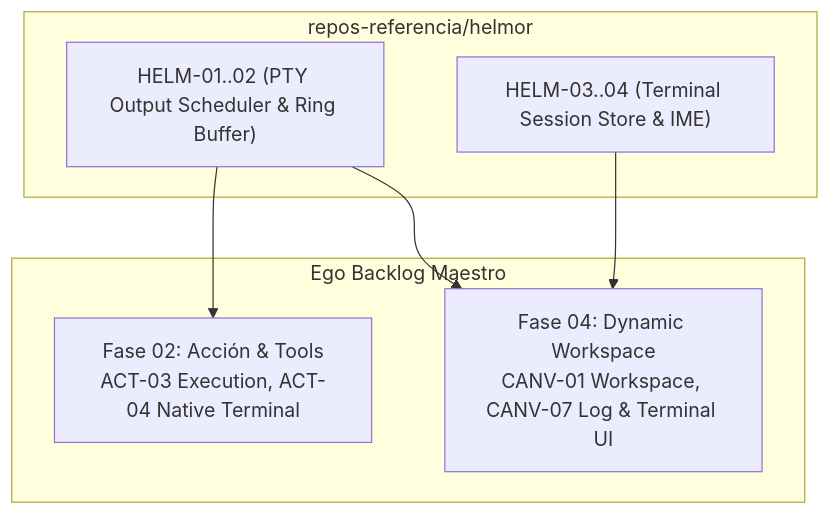
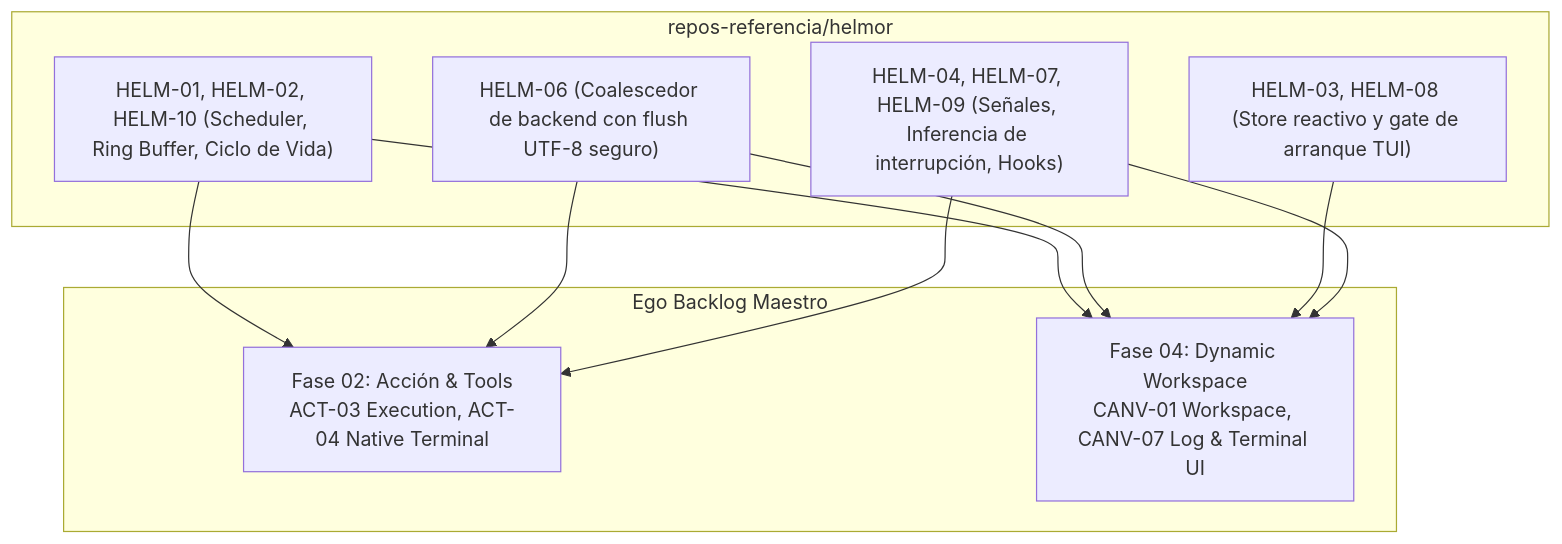
The diagram in docs/review/backlog-helmor.md (ness-e/Ego), drawn with Mermaid before and after one commit. The commit also changed other lines of this file and 15 other files, not shown here.

````diff
--- a/docs/review/backlog-helmor.md
+++ b/docs/review/backlog-helmor.md
@@ -44,16 +102,22 @@
 ```mermaid
 flowchart TD
     subgraph HelmorExtraction ["repos-referencia/helmor"]
-        H_SCHED["HELM-01..02 (PTY Output Scheduler & Ring Buffer)"]
-        H_STORE["HELM-03..04 (Terminal Session Store & IME)"]
+        H_SCHED["HELM-01, HELM-02, HELM-10 (Scheduler, Ring Buffer, Ciclo de Vida)"]
+        H_BACK["HELM-06 (Coalescedor de backend con flush UTF-8 seguro)"]
+        H_STORE["HELM-03, HELM-08 (Store reactivo y gate de arranque TUI)"]
+        H_LIFE["HELM-04, HELM-07, HELM-09 (Señales, Inferencia de interrupción, Hooks)"]
     end
 
     subgraph EgoBacklog ["Ego Backlog Maestro"]
         ACT["Fase 02: Acción & Tools<br/>ACT-03 Execution, ACT-04 Native Terminal"]
         CANV["Fase 04: Dynamic Workspace<br/>CANV-01 Workspace, CANV-07 Log & Terminal UI"]
     end
 
     H_SCHED --> ACT
     H_SCHED --> CANV
+    H_BACK --> ACT
+    H_BACK --> CANV
     H_STORE --> CANV
+    H_LIFE --> ACT
+    H_LIFE --> CANV
 ```
````
